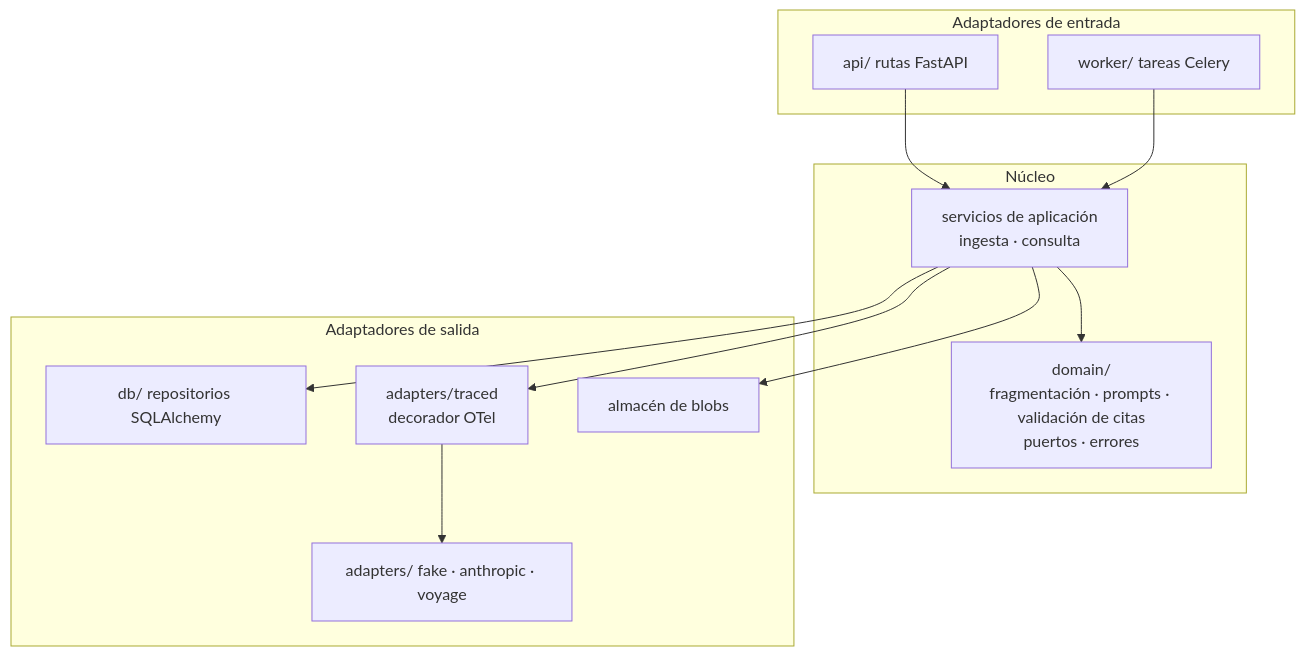
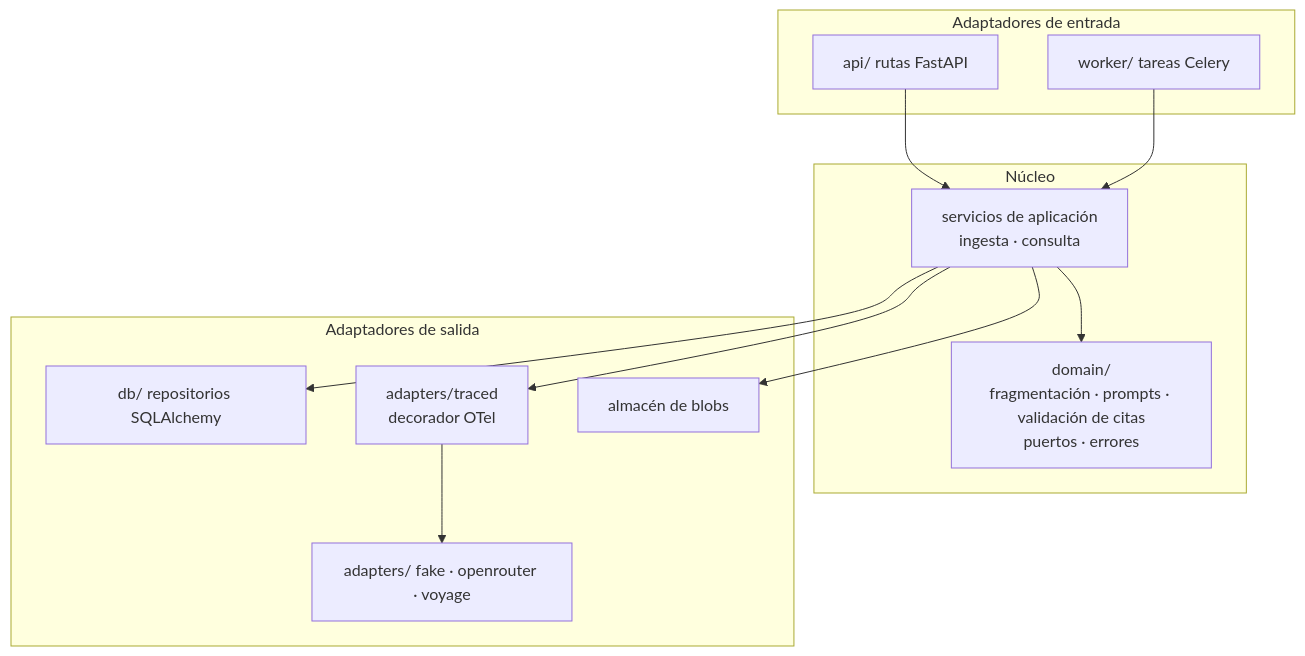
One commit to alayoalex/NorteLegalRAG changed the second of 6 diagrams in docs/architecture.md. Above: the diagram before and after it, drawn with Mermaid. The commit also changed other lines of this file and 3 other files, not shown here.

````diff
--- a/docs/architecture.md
+++ b/docs/architecture.md
@@ -31,23 +31,23 @@
 ```mermaid
 flowchart TB
     subgraph entrada [Adaptadores de entrada]
         routes[api/ rutas FastAPI]
         tasks[worker/ tareas Celery]
     end
     subgraph nucleo [Núcleo]
         services[servicios de aplicación<br/>ingesta · consulta]
         domain[domain/<br/>fragmentación · prompts · validación de citas<br/>puertos · errores]
     end
     subgraph salida [Adaptadores de salida]
         repo[db/ repositorios SQLAlchemy]
-        prov[adapters/ fake · anthropic · voyage]
+        prov[adapters/ fake · openrouter · voyage]
         traced[adapters/traced<br/>decorador OTel]
         store[almacén de blobs]
     end
     routes --> services
     tasks --> services
     services --> domain
     services --> repo
     services --> traced --> prov
     services --> store
 ```
````
